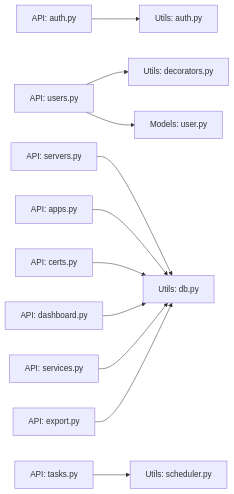
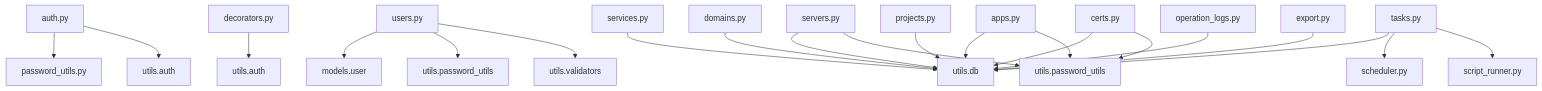
One commit to ismine3/OPS changed the third of 3 diagrams in .qoder/repowiki/zh/content/API接口文档/API接口文档.md. Above: the diagram before and after it, drawn with Mermaid. The commit also changed other lines of this file and 157 other files, not shown here.

````diff
--- a/.qoder/repowiki/zh/content/API接口文档/API接口文档.md
+++ b/.qoder/repowiki/zh/content/API接口文档/API接口文档.md
@@ -510,13 +570,23 @@
 ```mermaid
-graph LR
-API_AUTH["API: auth.py"] --> UTIL_AUTH["Utils: auth.py"]
-API_USERS["API: users.py"] --> UTIL_DEC["Utils: decorators.py"]
-API_USERS --> MODEL_USER["Models: user.py"]
-API_SERVERS["API: servers.py"] --> UTIL_DB["Utils: db.py"]
-API_APPS["API: apps.py"] --> UTIL_DB
-API_CERTS["API: certs.py"] --> UTIL_DB
-API_DASHBOARD["API: dashboard.py"] --> UTIL_DB
-API_SERVICES["API: services.py"] --> UTIL_DB
-API_TASKS["API: tasks.py"] --> UTIL_SCHED["Utils: scheduler.py"]
-API_EXPORT["API: export.py"] --> UTIL_DB
+graph TB
+A[auth.py] --> B[password_utils.py]
+A --> C[utils.auth]
+D[decorators.py] --> E[utils.auth]
+F[users.py] --> G[models.user]
+F --> H[utils.password_utils]
+F --> I[utils.validators]
+J[servers.py] --> K[utils.db]
+J --> L[utils.password_utils]
+M[apps.py] --> K
+M --> L
+N[services.py] --> K
+O[certs.py] --> K
+O --> L
+P[domains.py] --> K
+Q[projects.py] --> K
+R[tasks.py] --> K
+R --> S[scheduler.py]
+R --> T[script_runner.py]
+U[operation_logs.py] --> K
+V[export.py] --> K
 ```
````
